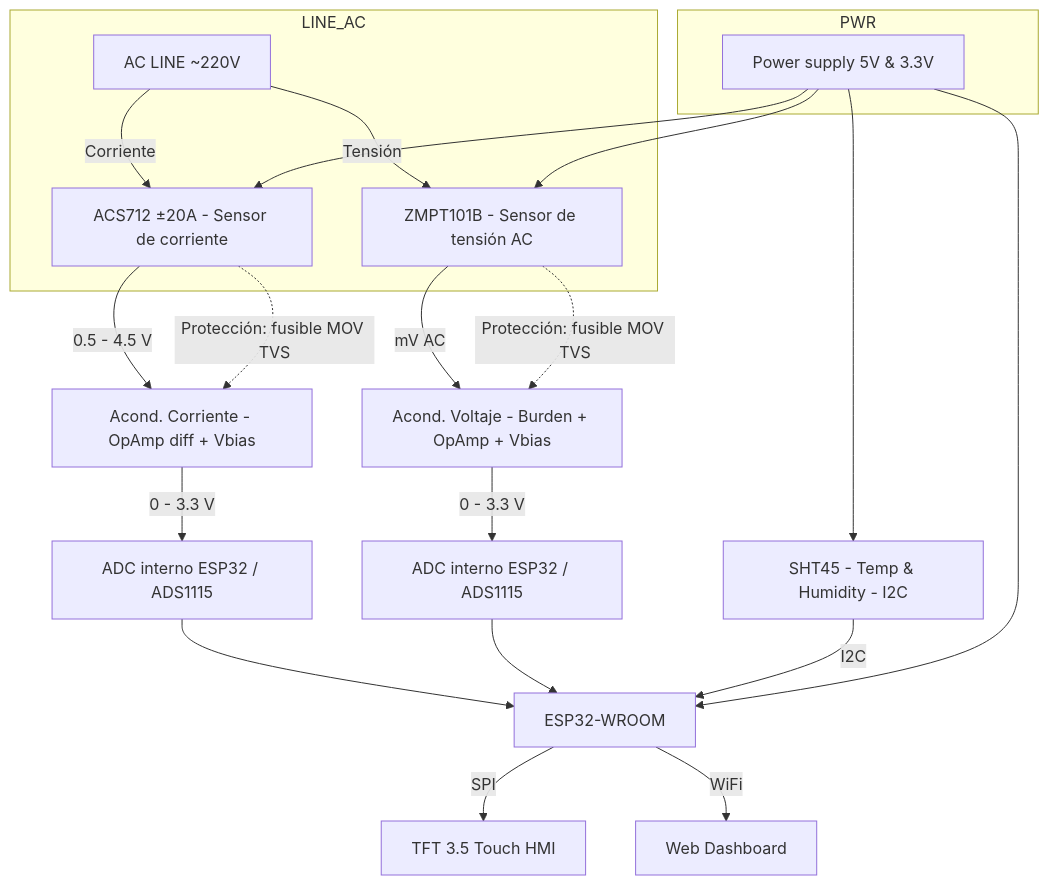
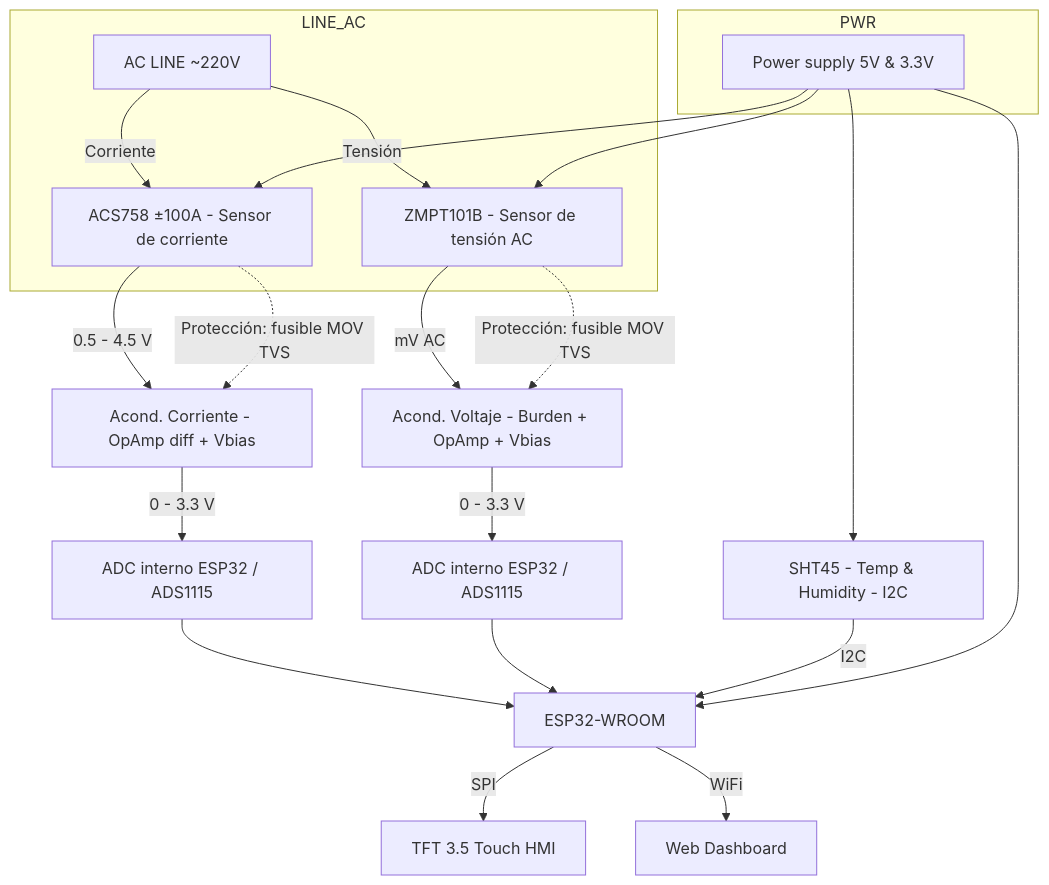
One commit to JuanDLemus/Agrar-Smart-Greenhouse changed the first of 2 diagrams in README.md. Above: the diagram before and after it, drawn with Mermaid. The commit also changed other lines of this file, not shown here.

````diff
--- a/README.md
+++ b/README.md
@@ -64,39 +64,39 @@
 ```mermaid
 flowchart TD
   %% Sensores y linea AC
   subgraph LINE_AC
     A1[AC LINE ~220V]
-    A1 -->|Corriente| ACS712[ACS712 ±20A - Sensor de corriente]
+    A1 -->|Corriente| ACS758[ACS758 ±100A - Sensor de corriente]
     A1 -->|Tensión| ZMPT101B[ZMPT101B - Sensor de tensión AC]
   end
 
   %% Sensor ambiental
   SHT45[SHT45 - Temp & Humidity - I2C]
 
   %% Etapas de acondicionamiento
-  ACS712 -->|0.5 - 4.5 V| AmpCorr[Acond. Corriente - OpAmp diff + Vbias]
+  ACS758 -->|0.5 - 4.5 V| AmpCorr[Acond. Corriente - OpAmp diff + Vbias]
   ZMPT101B -->|mV AC| AmpVolt[Acond. Voltaje - Burden + OpAmp + Vbias]
 
   AmpCorr -->|0 - 3.3 V| ADC1[ADC interno ESP32 / ADS1115]
   AmpVolt -->|0 - 3.3 V| ADC2[ADC interno ESP32 / ADS1115]
 
   %% MCU y salidas
   ADC1 --> ESP32[ESP32-WROOM]
   ADC2 --> ESP32
   SHT45 -->|I2C| ESP32
 
   ESP32 -->|SPI| TFT35[TFT 3.5 Touch HMI]
   ESP32 -->|WiFi| Dashboard[Web Dashboard]
 
   %% Alimentación y protecciones
   subgraph PWR
     PSU[Power supply 5V & 3.3V]
   end
-  PSU --> ACS712
+  PSU --> ACS758
   PSU --> ZMPT101B
   PSU --> SHT45
   PSU --> ESP32
 
-  ACS712 -.->|Protección: fusible MOV TVS| AmpCorr
+  ACS758 -.->|Protección: fusible MOV TVS| AmpCorr
   ZMPT101B -.->|Protección: fusible MOV TVS| AmpVolt
 ```
````
